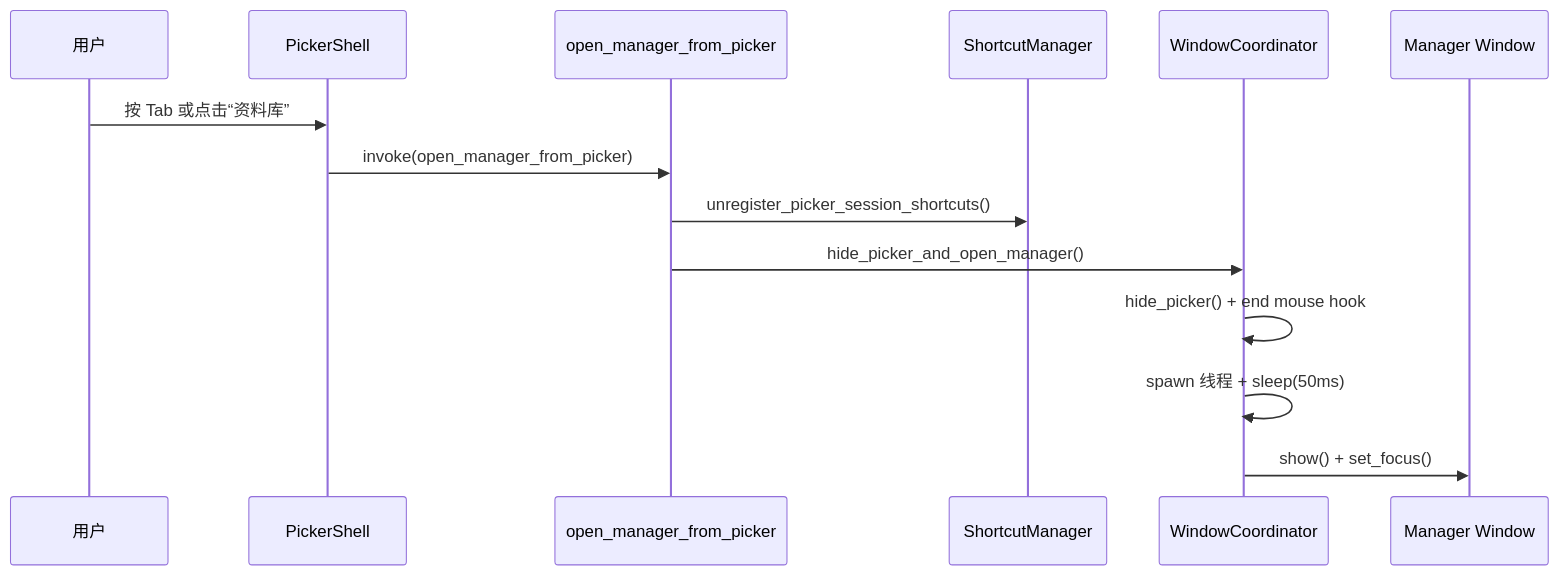
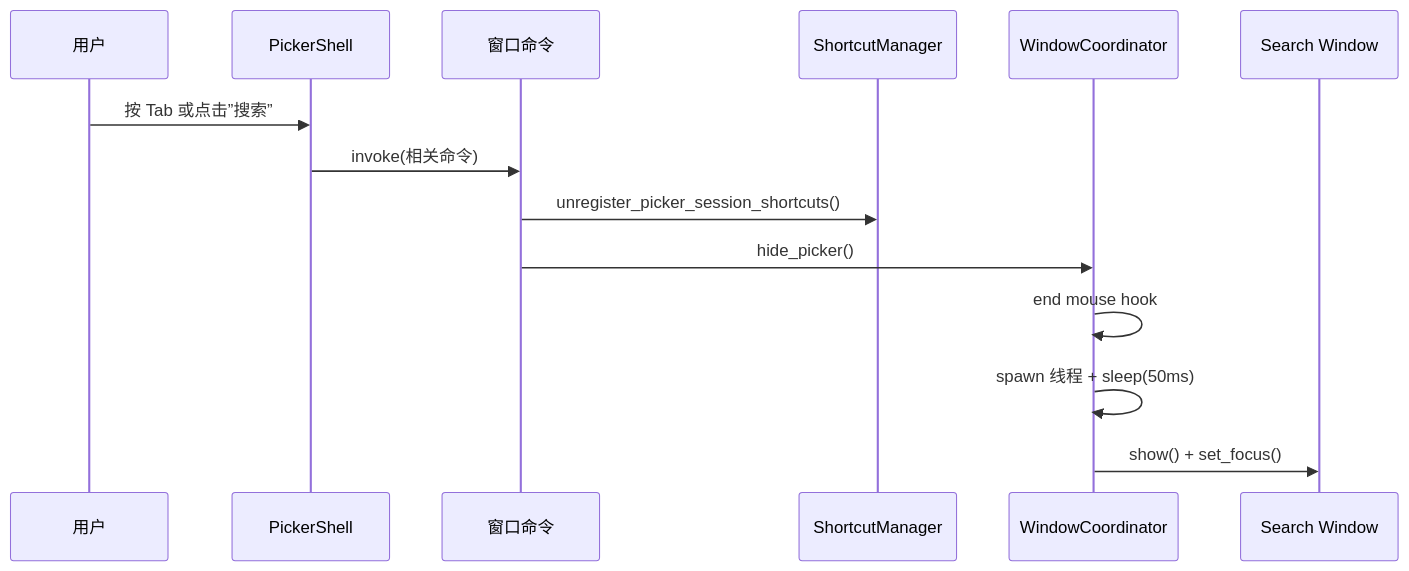
Before and after one commit to tranquil-w/floatpaste: the second of 3 diagrams in docs/architecture/无焦点速贴窗口架构与防坑指南.md, drawn with Mermaid. The commit also changed other lines of this file and 2 other files, not shown here.

Commit message:
docs: 更新架构文档以反映图片/文件支持与多窗口架构

````diff
--- a/docs/architecture/无焦点速贴窗口架构与防坑指南.md
+++ b/docs/architecture/无焦点速贴窗口架构与防坑指南.md
@@ -62,17 +63,17 @@
 ```mermaid
 sequenceDiagram
     participant User as 用户
     participant Picker as PickerShell
-    participant Cmd as open_manager_from_picker
+    participant Cmd as 窗口命令
     participant Shortcut as ShortcutManager
     participant Window as WindowCoordinator
-    participant Manager as Manager Window
+    participant Search as Search Window
 
-    User->>Picker: 按 Tab 或点击“资料库”
-    Picker->>Cmd: invoke(open_manager_from_picker)
+    User->>Picker: 按 Tab 或点击”搜索”
+    Picker->>Cmd: invoke(相关命令)
     Cmd->>Shortcut: unregister_picker_session_shortcuts()
-    Cmd->>Window: hide_picker_and_open_manager()
-    Window->>Window: hide_picker() + end mouse hook
+    Cmd->>Window: hide_picker()
+    Window->>Window: end mouse hook
     Window->>Window: spawn 线程 + sleep(50ms)
-    Window->>Manager: show() + set_focus()
+    Window->>Search: show() + set_focus()
 ```
````
